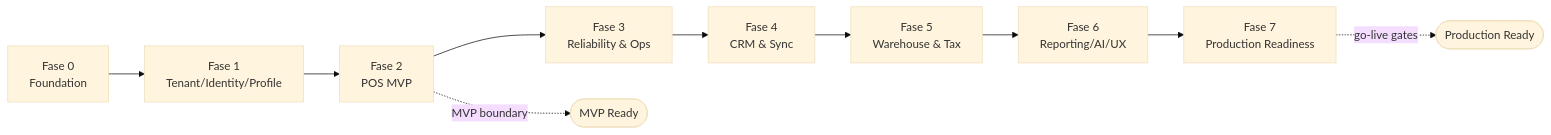
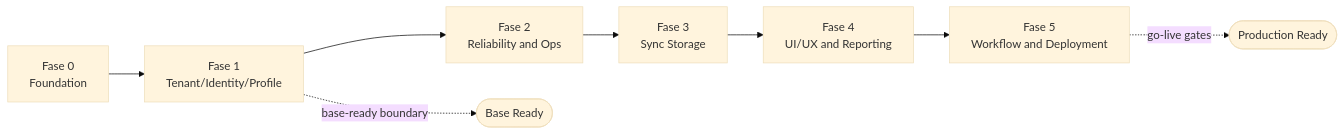
One commit to ahliweb/awcms-mini changed the third of 3 diagrams in docs/awcms-mini/01_canvas_induk.md. Above: the diagram before and after it, drawn with Mermaid (base theme). The commit also changed other lines of this file and 8 other files, not shown here.

````diff
--- a/docs/awcms-mini/01_canvas_induk.md
+++ b/docs/awcms-mini/01_canvas_induk.md
@@ -118,12 +109,10 @@
 ```mermaid
 flowchart LR
   F0[Fase 0<br/>Foundation] --> F1[Fase 1<br/>Tenant/Identity/Profile]
-  F1 --> F2[Fase 2<br/>POS MVP]
-  F2 --> F3[Fase 3<br/>Reliability & Ops]
-  F3 --> F4[Fase 4<br/>CRM & Sync]
-  F4 --> F5[Fase 5<br/>Warehouse & Tax]
-  F5 --> F6[Fase 6<br/>Reporting/AI/UX]
-  F6 --> F7[Fase 7<br/>Production Readiness]
-  F2 -.->|MVP boundary| MVP([MVP Ready])
-  F7 -.->|go-live gates| PROD([Production Ready])
+  F1 --> F2[Fase 2<br/>Reliability and Ops]
+  F2 --> F3[Fase 3<br/>Sync Storage]
+  F3 --> F4[Fase 4<br/>UI/UX and Reporting]
+  F4 --> F5[Fase 5<br/>Workflow and Deployment]
+  F1 -.->|base-ready boundary| MVP([Base Ready])
+  F5 -.->|go-live gates| PROD([Production Ready])
 ```
````
